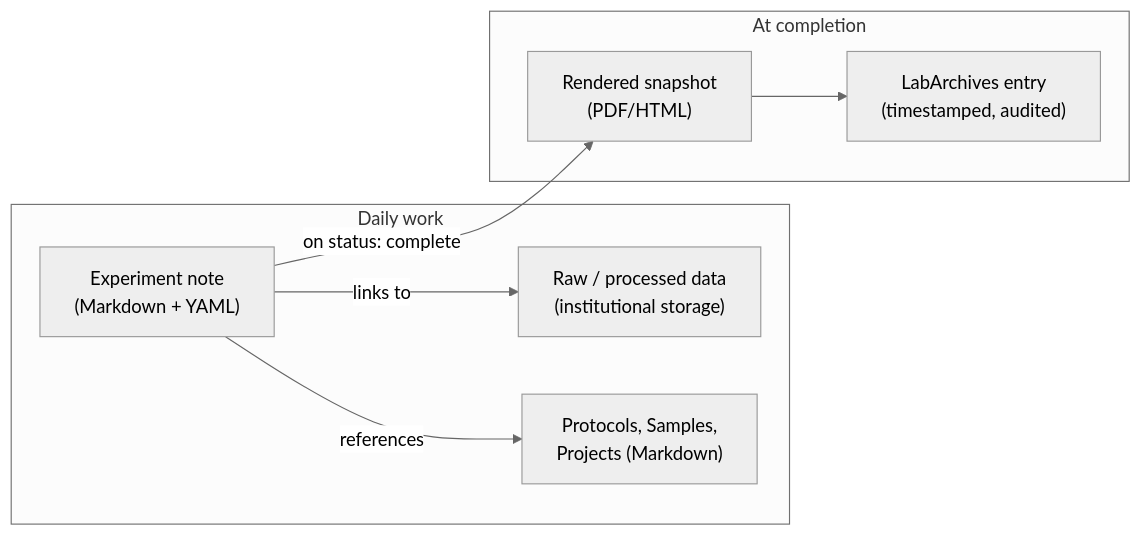
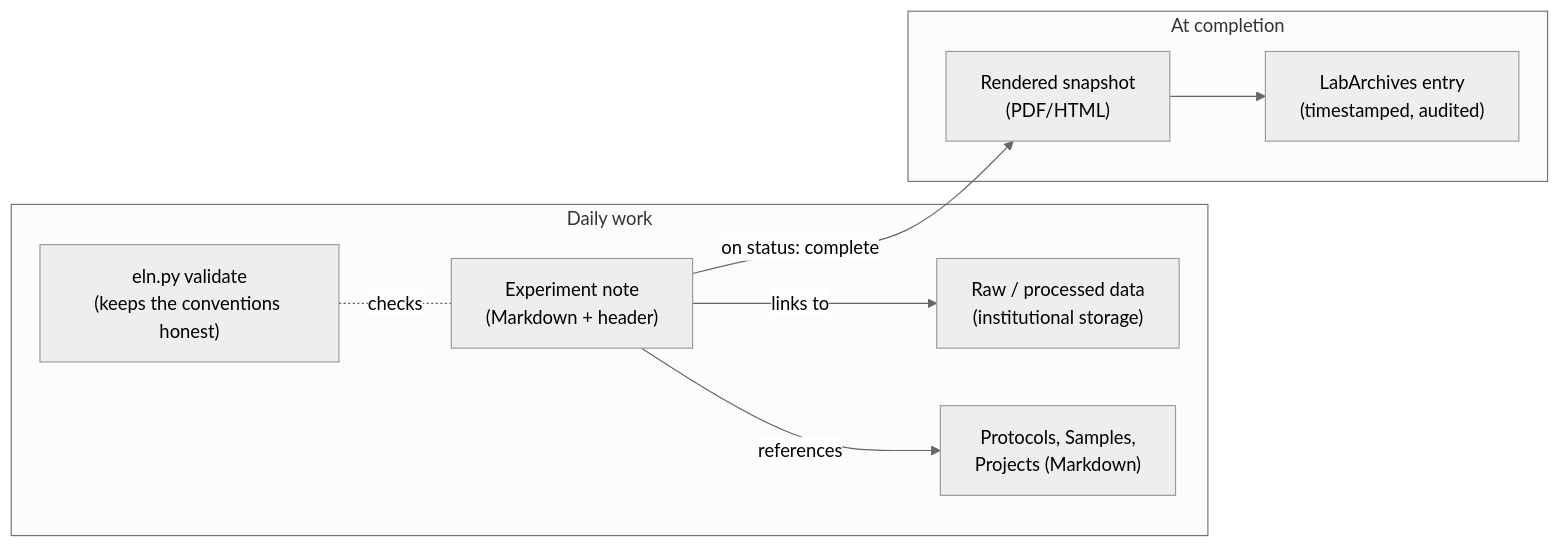
The diagram in docs/design-notes.md (Shechterlab/AI_ELN), drawn with Mermaid (neutral theme) before and after one commit. The commit also changed other lines of this file and 16 other files, not shown here.

````diff
--- a/docs/design-notes.md
+++ b/docs/design-notes.md
@@ -16,15 +18,17 @@
 ```mermaid
 flowchart LR
     subgraph Daily["Daily work"]
-        A["Experiment note<br/>(Markdown + YAML)"]
+        A["Experiment note<br/>(Markdown + header)"]
         B["Raw / processed data<br/>(institutional storage)"]
         C["Protocols, Samples,<br/>Projects (Markdown)"]
+        V["eln.py validate<br/>(keeps the conventions honest)"]
     end
     subgraph Archive["At completion"]
         D["Rendered snapshot<br/>(PDF/HTML)"]
         E["LabArchives entry<br/>(timestamped, audited)"]
     end
     A -- links to --> B
     A -- references --> C
+    V -.checks.- A
     A -- "on status: complete" --> D --> E
 ```
````
